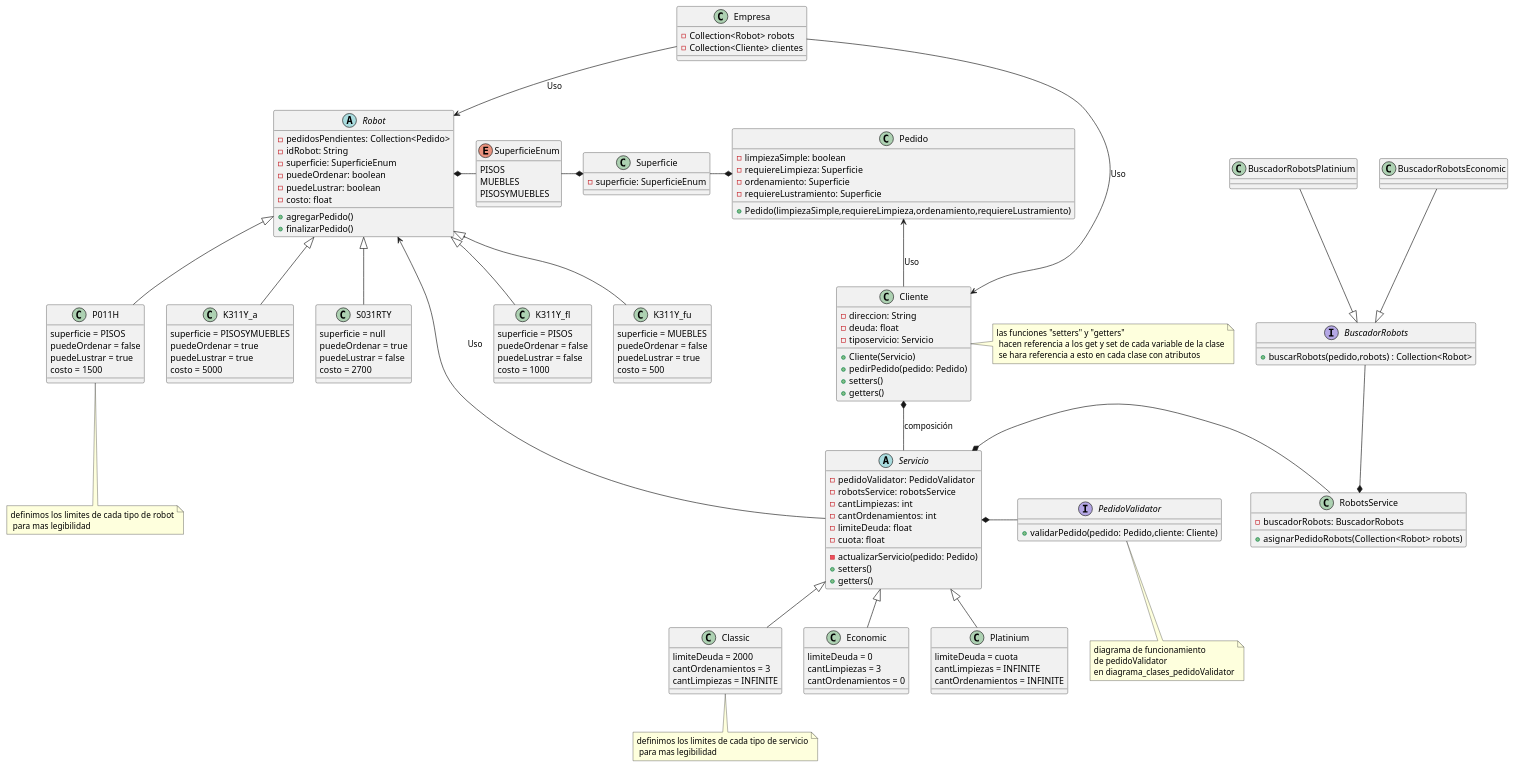
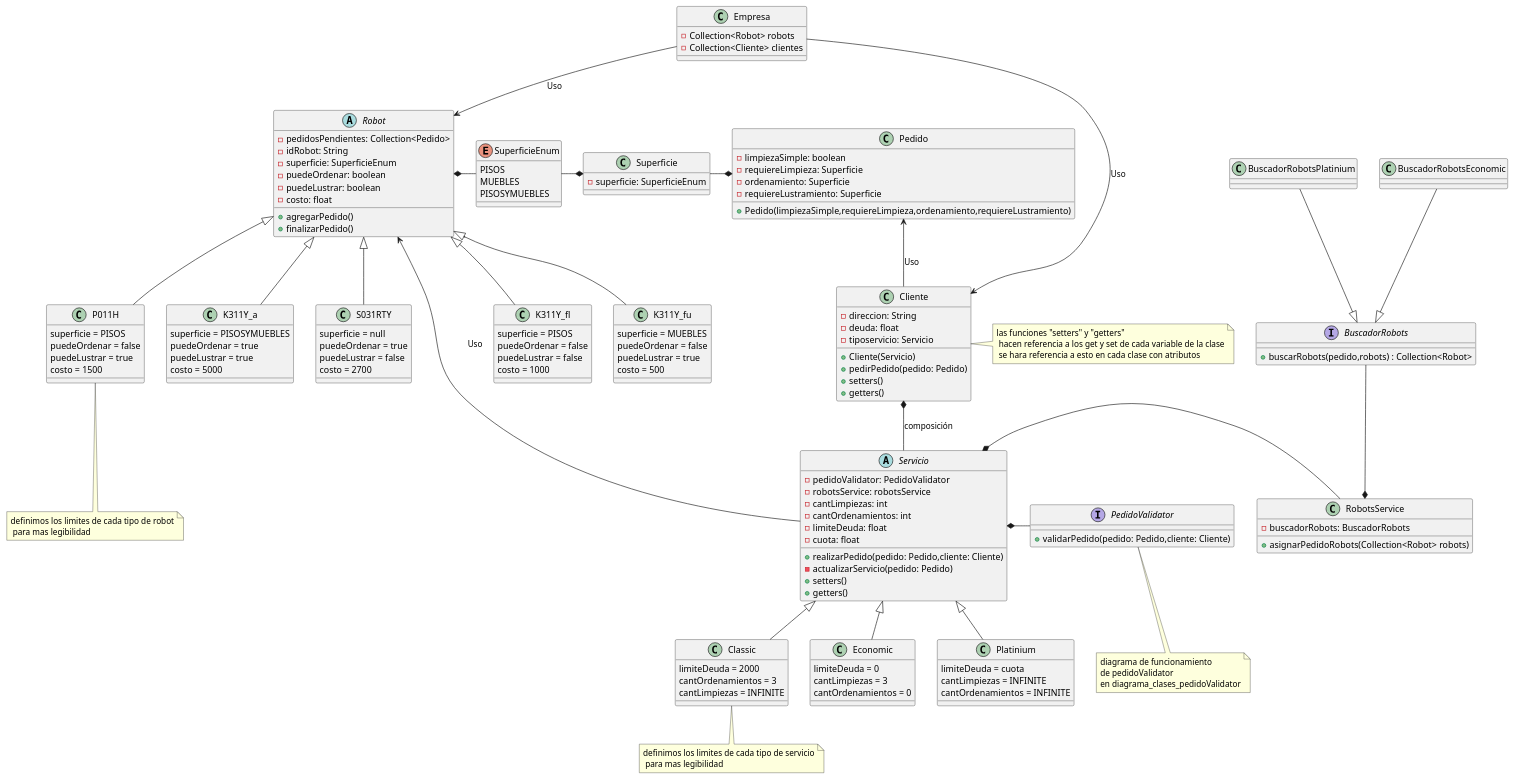
The diagram in src/main/java/com/grupo4/trabajo/Diagramas/diagrama_clases.puml (bacarvalho/TrabajoPractico), drawn with PlantUML before and after one commit.

Commit message:
cambio en Servicio de diagrama_Clases

```diff
--- a/src/main/java/com/grupo4/trabajo/Diagramas/diagrama_clases.puml
+++ b/src/main/java/com/grupo4/trabajo/Diagramas/diagrama_clases.puml
@@ -1,171 +1,172 @@
 @startuml
 'https://plantuml.com/class-diagram
 
 
 class Cliente{
 -direccion: String
 -deuda: float
 -tiposervicio: Servicio
 
 +Cliente(Servicio)
 +pedirPedido(pedido: Pedido)
 +setters()
 +getters()
 }
 
 class Empresa{
 -Collection<Robot> robots
 -Collection<Cliente> clientes
 }
 
 
 abstract class Servicio{
 - pedidoValidator: PedidoValidator
 - robotsService: robotsService
 - cantLimpiezas: int
 - cantOrdenamientos: int
 - limiteDeuda: float
 -cuota: float
 
++realizarPedido(pedido: Pedido,cliente: Cliente)
 -actualizarServicio(pedido: Pedido)
 +setters()
 +getters()
 }
 
 abstract class Robot{
 - pedidosPendientes: Collection<Pedido>
 - idRobot: String
 - superficie: SuperficieEnum
 - puedeOrdenar: boolean
 - puedeLustrar: boolean
 - costo: float
 
 +agregarPedido()
 +finalizarPedido()
 }
 
 class K311Y_fl{
  superficie = PISOS
  puedeOrdenar = false
  puedeLustrar = false
  costo = 1000
 }
 class K311Y_fu{
 superficie = MUEBLES
  puedeOrdenar = false
  puedeLustrar = true
  costo = 500
 }
 class P011H{
 superficie = PISOS
  puedeOrdenar = false
  puedeLustrar = true
  costo = 1500
 }
 class K311Y_a{
  superficie = PISOSYMUEBLES
  puedeOrdenar = true
  puedeLustrar = true
  costo = 5000
 }
 class S031RTY{
 superficie = null
  puedeOrdenar = true
  puedeLustrar = false
  costo = 2700
 }
 
 class Platinium{
 limiteDeuda = cuota
 cantLimpiezas = INFINITE
 cantOrdenamientos = INFINITE
 }
 class Classic{
 limiteDeuda = 2000
 cantOrdenamientos = 3
 cantLimpiezas = INFINITE
 }
 
 class Economic{
 limiteDeuda = 0
 cantLimpiezas = 3
 cantOrdenamientos = 0
 }
 
 class RobotsService{
     -buscadorRobots: BuscadorRobots
     +asignarPedidoRobots(Collection<Robot> robots)
 }
 
 interface BuscadorRobots{
 +buscarRobots(pedido,robots) : Collection<Robot>
 }
 
 class BuscadorRobotsEconomic{
 
 }
 
 class BuscadorRobotsPlatinium{
 }
 
 class Pedido{
 - limpiezaSimple: boolean
 - requiereLimpieza: Superficie
 - ordenamiento: Superficie
 - requiereLustramiento: Superficie
 
 +Pedido(limpiezaSimple,requiereLimpieza,ordenamiento,requiereLustramiento)
 }
 
 enum SuperficieEnum{
 PISOS
 MUEBLES
 PISOSYMUEBLES
 }
 
 class Superficie{
 - superficie: SuperficieEnum
 }
 
 Robot <|-- K311Y_fl
 Robot <|-- K311Y_fu
 Robot <|-- P011H
 Robot <|-- K311Y_a
 Robot <|-- S031RTY
 
 Servicio <|-- Platinium
 Servicio <|-- Classic
 Servicio <|-- Economic
 
 interface PedidoValidator{
 +validarPedido(pedido: Pedido,cliente: Cliente)
 }
 
 Robot <-- Servicio : Uso
 PedidoValidator -left-* Servicio
 RobotsService -left-* Servicio
 Pedido <--  Cliente : Uso
 
 RobotsService *-up- BuscadorRobots
 BuscadorRobots <|-up- BuscadorRobotsEconomic
 BuscadorRobots <|-up- BuscadorRobotsPlatinium
 
 Cliente <-up- Empresa  : Uso
 
 Robot <-up-  Empresa : Uso
 
 Cliente *--  Servicio : composición
 
 Superficie *-left- SuperficieEnum
 Robot *-right- SuperficieEnum
 Pedido *-left- Superficie
 
 note bottom of Classic : definimos los limites de cada tipo de servicio\n para mas legibilidad
 note bottom of P011H : definimos los limites de cada tipo de robot\n para mas legibilidad
 note right of Cliente : las funciones "setters" y "getters" \n hacen referencia a los get y set de cada variable de la clase\n se hara referencia a esto en cada clase con atributos
 note bottom of PedidoValidator
 diagrama de funcionamiento
 de pedidoValidator
 en diagrama_clases_pedidoValidator
 end note
 @enduml
```
